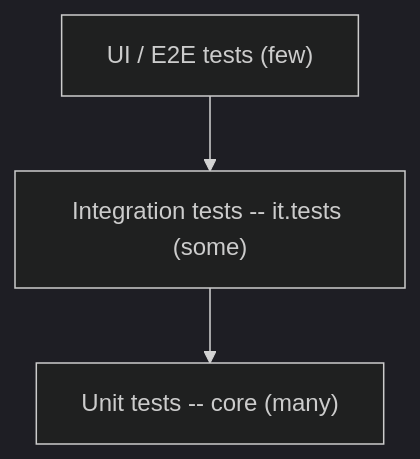
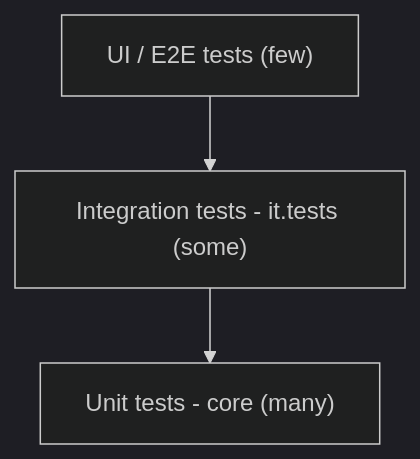
The diagram in docs/aem/beginners-guide/20-testing-and-debugging.md (LucaNerlich/lucanerlich.com), drawn with Mermaid (dark theme) before and after one commit. The commit also changed other lines of this file and 226 other files, not shown here.

````diff
--- a/docs/aem/beginners-guide/20-testing-and-debugging.md
+++ b/docs/aem/beginners-guide/20-testing-and-debugging.md
@@ -25,9 +25,9 @@
 ```mermaid
 flowchart TD
     UI["UI / E2E tests (few)"]
-    IT["Integration tests -- it.tests (some)"]
-    Unit["Unit tests -- core (many)"]
+    IT["Integration tests - it.tests (some)"]
+    Unit["Unit tests - core (many)"]
 
     UI --> IT
     IT --> Unit
 ```
````
